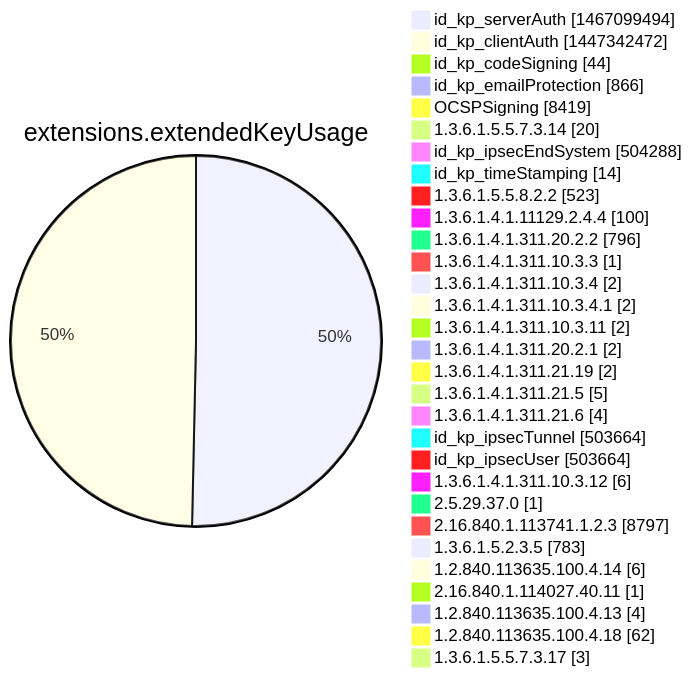
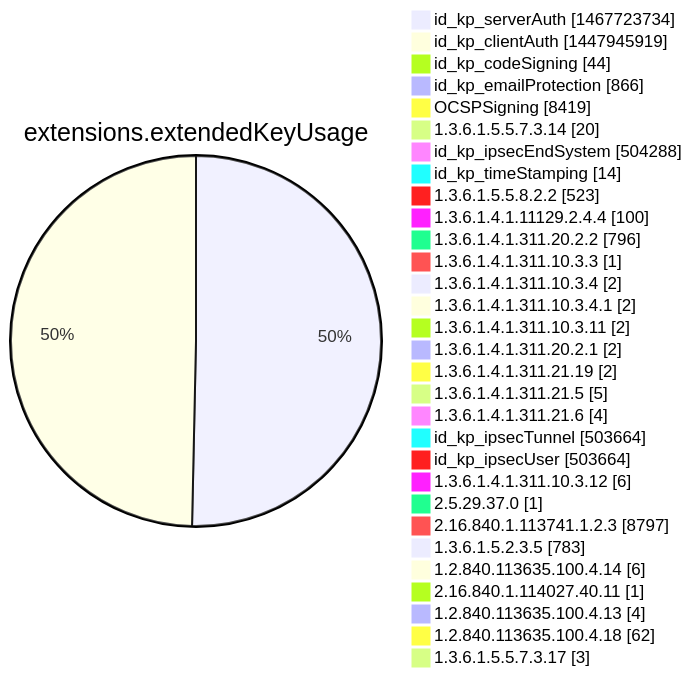
One commit to christiankrug/ctmonitor_visualization changed diagram 12 of 15 in argon2022/README.md. Above: the diagram before and after it, drawn with Mermaid. The commit also changed other lines of this file, not shown here.

````diff
--- a/argon2022/README.md
+++ b/argon2022/README.md
@@ -3555,34 +3555,34 @@
 ```mermaid
 pie showData
 title extensions.extendedKeyUsage
-"id_kp_serverAuth" :1467099494
-"id_kp_clientAuth" :1447342472
+"id_kp_serverAuth" :1467723734
+"id_kp_clientAuth" :1447945919
 "id_kp_codeSigning" :44
 "id_kp_emailProtection" :866
 "OCSPSigning" :8419
 "1.3.6.1.5.5.7.3.14" :20
 "id_kp_ipsecEndSystem" :504288
 "id_kp_timeStamping" :14
 "1.3.6.1.5.5.8.2.2" :523
 "1.3.6.1.4.1.11129.2.4.4" :100
 "1.3.6.1.4.1.311.20.2.2" :796
 "1.3.6.1.4.1.311.10.3.3" :1
 "1.3.6.1.4.1.311.10.3.4" :2
 "1.3.6.1.4.1.311.10.3.4.1" :2
 "1.3.6.1.4.1.311.10.3.11" :2
 "1.3.6.1.4.1.311.20.2.1" :2
 "1.3.6.1.4.1.311.21.19" :2
 "1.3.6.1.4.1.311.21.5" :5
 "1.3.6.1.4.1.311.21.6" :4
 "id_kp_ipsecTunnel" :503664
 "id_kp_ipsecUser" :503664
 "1.3.6.1.4.1.311.10.3.12" :6
 "2.5.29.37.0" :1
 "2.16.840.1.113741.1.2.3" :8797
 "1.3.6.1.5.2.3.5" :783
 "1.2.840.113635.100.4.14" :6
 "2.16.840.1.114027.40.11" :1
 "1.2.840.113635.100.4.13" :4
 "1.2.840.113635.100.4.18" :62
 "1.3.6.1.5.5.7.3.17" :3
 ```
````
